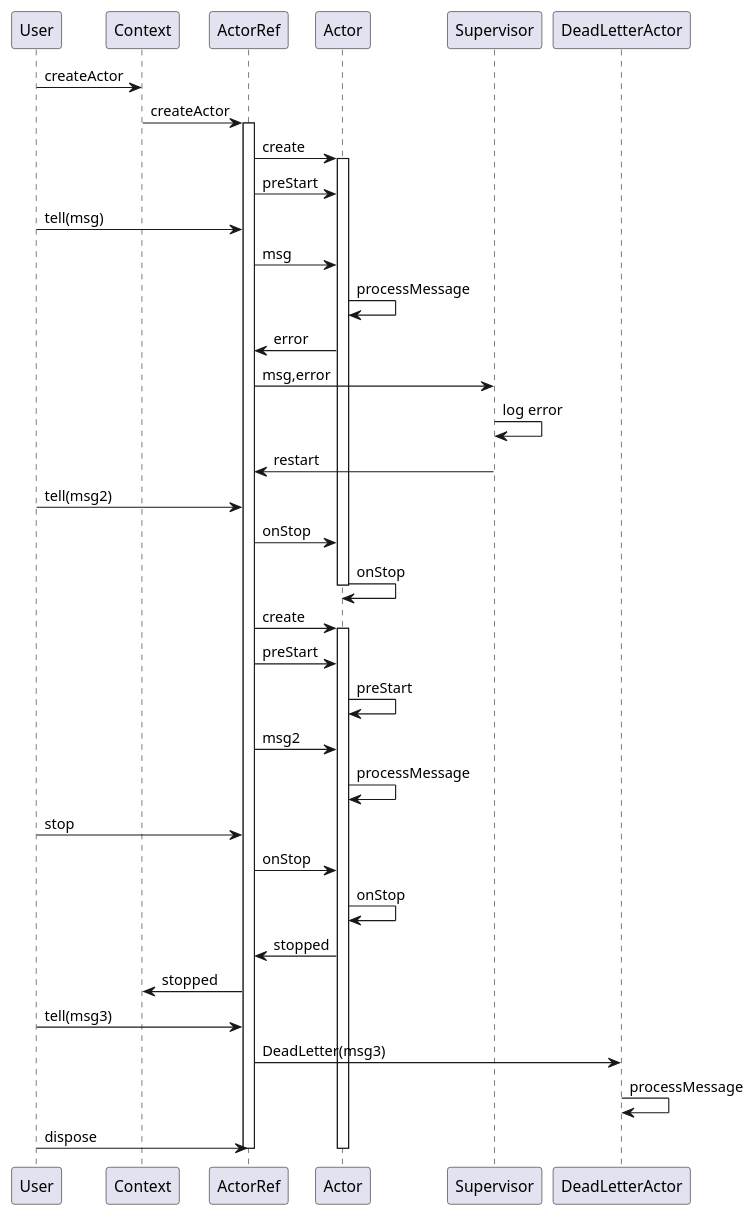
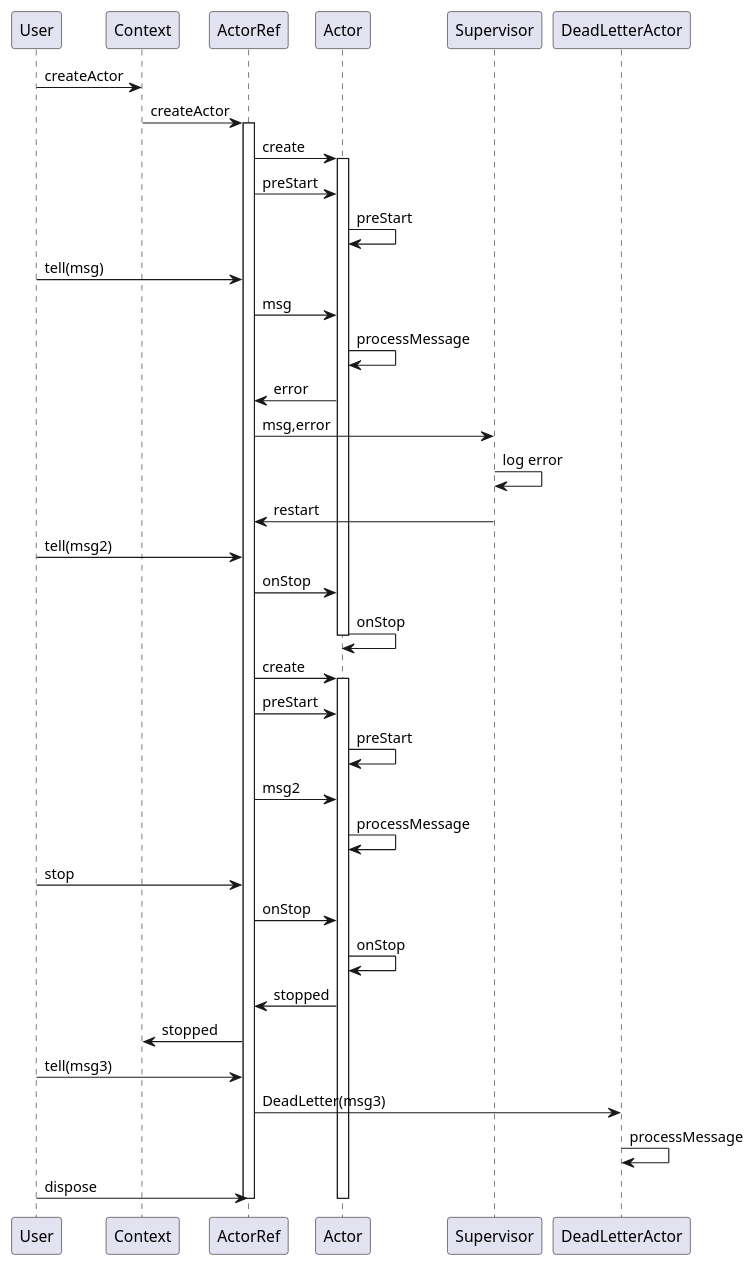
Before and after one commit to davidmoten/reels: the diagram in src/main/plantuml/sequence-diagram.puml, drawn with PlantUML.

```diff
--- a/src/main/plantuml/sequence-diagram.puml
+++ b/src/main/plantuml/sequence-diagram.puml
@@ -1,41 +1,42 @@
 @startuml
 User -> Context: createActor
 
 Context -> ActorRef: createActor
 activate ActorRef
 ActorRef -> Actor: create
 activate Actor
 ActorRef -> Actor: preStart
+Actor -> Actor: preStart
 
 User -> ActorRef: tell(msg)
 ActorRef -> Actor: msg
 Actor -> Actor: processMessage
 Actor -> ActorRef: error
 ActorRef -> Supervisor: msg,error
 Supervisor -> Supervisor: log error
 Supervisor -> ActorRef: restart
 User -> ActorRef: tell(msg2)
 ActorRef -> Actor: onStop
 Actor -> Actor: onStop
 deactivate Actor
 ActorRef -> Actor: create
 activate Actor
 ActorRef -> Actor: preStart
 Actor -> Actor: preStart
 ActorRef -> Actor: msg2
 Actor -> Actor: processMessage
 
 User -> ActorRef: stop
 ActorRef -> Actor: onStop
 Actor -> Actor: onStop
 Actor -> ActorRef: stopped
 ActorRef -> Context: stopped
 User -> ActorRef: tell(msg3)
 ActorRef -> DeadLetterActor: DeadLetter(msg3)
 DeadLetterActor -> DeadLetterActor: processMessage
 User -> ActorRef: dispose
 deactivate Actor
 deactivate ActorRef
 
 
 @enduml
```
